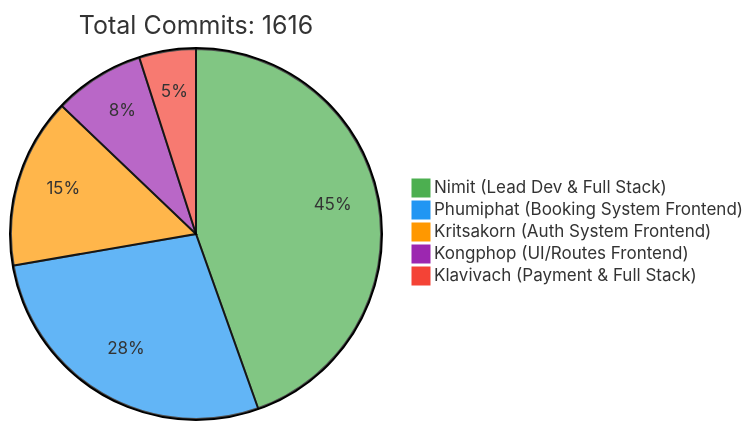
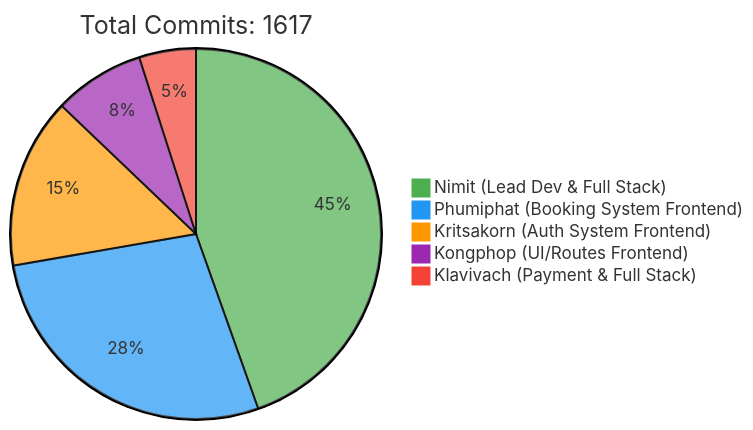
The first of 2 diagrams in README.md (6531503042/Sport-Complex), drawn with Mermaid before and after one commit. The commit also changed other lines of this file, not shown here.

Commit message:
docs: Update contributor statistics [skip ci]

````diff
--- a/README.md
+++ b/README.md
@@ -257,10 +257,10 @@
 ```mermaid
 %%{init: {'theme': 'base', 'themeVariables': { 'pie1': '#4CAF50', 'pie2': '#2196F3', 'pie3': '#FF9800', 'pie4': '#9C27B0', 'pie5': '#F44336'}}}%%
 pie
-    title Total Commits: 1616
+    title Total Commits: 1617
     "Nimit (Lead Dev & Full Stack)" : 450
     "Phumiphat (Booking System Frontend)" : 280
     "Kritsakorn (Auth System Frontend)" : 150
     "Kongphop (UI/Routes Frontend)" : 80
     "Klavivach (Payment & Full Stack)" : 50
 ```
````
